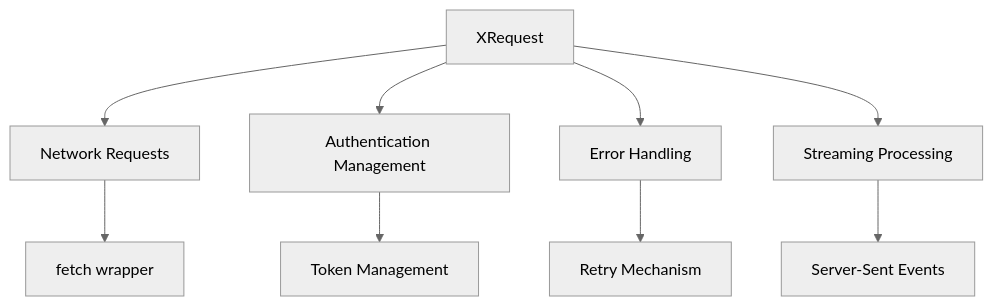
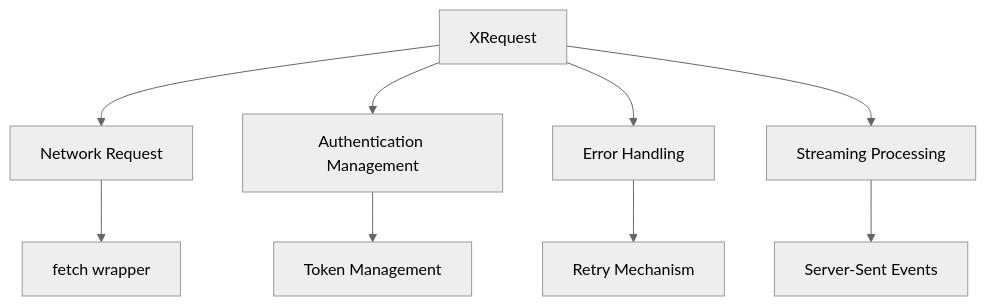
One commit to ant-design/x changed the first of 3 diagrams in packages/x-skill/skills/x-request/SKILL.md. Above: the diagram before and after it, drawn with Mermaid (neutral theme). The commit also changed other lines of this file and 11 other files, not shown here.

````diff
--- a/packages/x-skill/skills/x-request/SKILL.md
+++ b/packages/x-skill/skills/x-request/SKILL.md
@@ -78,11 +81,11 @@
 ```mermaid
 graph TD
-    A[XRequest] --> B[Network Requests]
+    A[XRequest] --> B[Network Request]
     A --> C[Authentication Management]
     A --> D[Error Handling]
     A --> E[Streaming Processing]
     B --> F[fetch wrapper]
     C --> G[Token Management]
     D --> H[Retry Mechanism]
     E --> I[Server-Sent Events]
 ```
````
